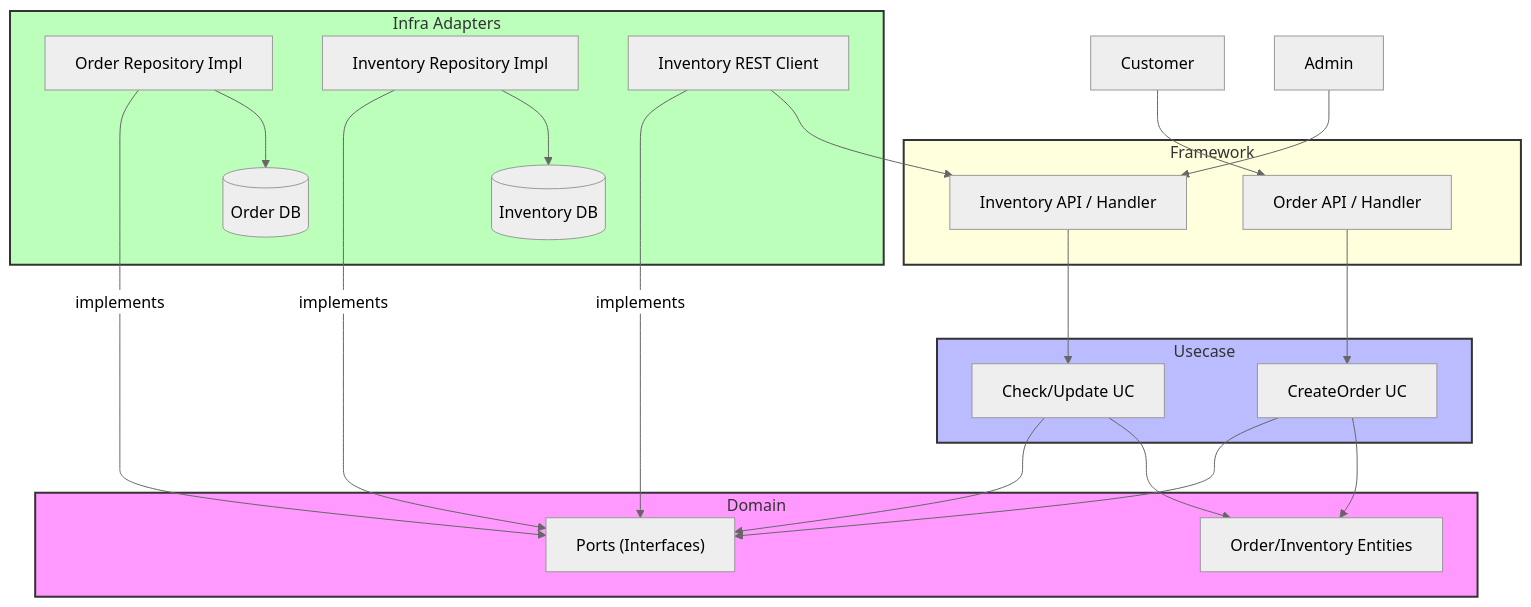
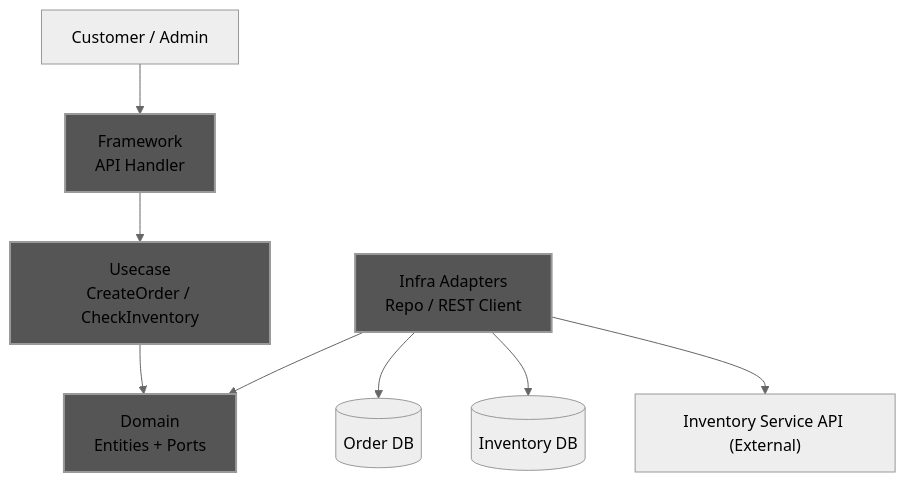
Before and after one commit to sokoide/workshop: the diagram in software/clean_arch_ws3_ja.md, drawn with Mermaid (neutral theme). The commit also changed other lines of this file and 1 other file, not shown here.

Commit message:
update: clean_arch_ws3

````diff
--- a/software/clean_arch_ws3_ja.md
+++ b/software/clean_arch_ws3_ja.md
@@ -39,60 +39,24 @@
 ```mermaid
 graph TD
-    %% 外部要素 (External)
-    Customer[Customer]
-    Admin[Admin]
+    Customer[Customer / Admin]
+    Framework[Framework<br>API Handler]
+    Usecase[Usecase<br>CreateOrder / CheckInventory]
+    Domain["Domain<br>Entities + Ports"]
+    Infra["Infra Adapters<br>Repo / REST Client"]
+    OrderDB[(Order DB)]
+    InvDB[(Inventory DB)]
+    ExternalInvAPI["Inventory Service API (External)"]
 
-    subgraph FrameworkLayer [Framework]
-        OrderAPI[Order API / Handler]
-        InvAPI[Inventory API / Handler]
-    end
+    Customer --> Framework
+    Framework --> Usecase
+    Usecase --> Domain
+    Infra --> Domain
+    Infra --> OrderDB
+    Infra --> InvDB
+    Infra --> ExternalInvAPI
 
-    subgraph UsecaseLayer [Usecase]
-        OrderUC[CreateOrder UC]
-        InvUC[Check/Update UC]
-    end
-
-    subgraph DomainLayer [Domain]
-        Entities[Order/Inventory Entities]
-        Ports["Ports (Interfaces)"]
-    end
-
-    subgraph InfraLayer [Infra Adapters]
-        OrderRepoImpl[Order Repository Impl]
-        InvRepoImpl[Inventory Repository Impl]
-        InvClientImpl[Inventory REST Client]
-        OrderDB[(Order DB)]
-        InvDB[(Inventory DB)]
-    end
-
-    %% 外部からのアクセス
-    Customer --> OrderAPI
-    Admin --> InvAPI
-
-    %% APIからユースケースへ
-    OrderAPI --> OrderUC
-    InvAPI --> InvUC
-
-    %% ユースケースからドメインへの依存
-    OrderUC --> Ports
-    OrderUC --> Entities
-    InvUC --> Ports
-    InvUC --> Entities
-
-    %% 依存性逆転 (DIP)
-    OrderRepoImpl -- "implements" --> Ports
-    InvRepoImpl -- "implements" --> Ports
-    InvClientImpl -- "implements" --> Ports
-
-    %% 実装から外部リソースへのアクセス
-    OrderRepoImpl --> OrderDB
-    InvRepoImpl --> InvDB
-
-    %% サービス間連携
-    InvClientImpl --> InvAPI
-
-    style DomainLayer fill:#f9f,stroke:#333,stroke-width:2px
-    style UsecaseLayer fill:#bbf,stroke:#333,stroke-width:2px
-    style InfraLayer fill:#bfb,stroke:#333,stroke-width:2px
-    style FrameworkLayer fill:#ffd,stroke:#333,stroke-width:2px
+    style Framework fill: #555, stroke-width:2px
+    style Usecase fill: #555, stroke-width:2px
+    style Domain fill: #555, stroke-width:2px
+    style Infra fill: #555, stroke-width:2px
 ```
````
